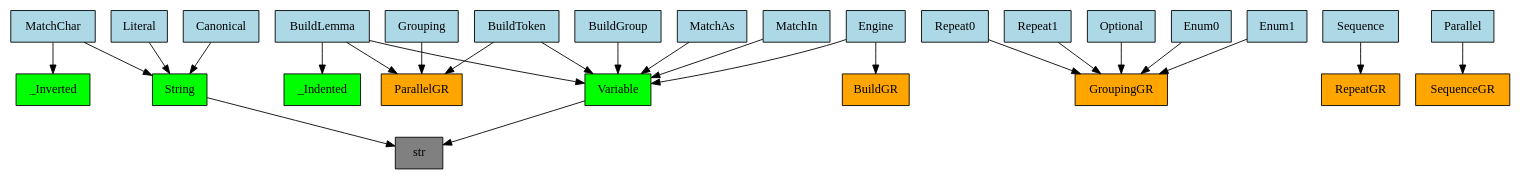
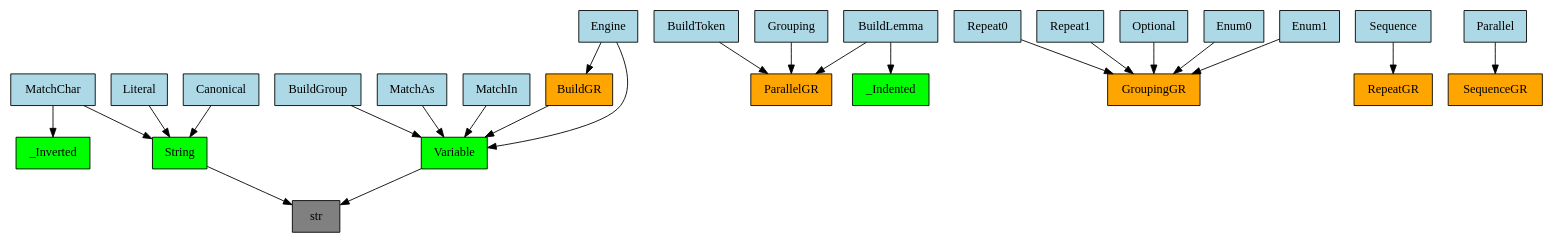
Before and after one commit to GabrielAmare/Language: the diagram in language/base/bnf/v0_0_1/core/use_graph.gv, drawn with Graphviz. The commit also changed 8 other files, not shown here.

```diff
--- a/language/base/bnf/v0_0_1/core/use_graph.gv
+++ b/language/base/bnf/v0_0_1/core/use_graph.gv
@@ -1,53 +1,52 @@
 digraph {
-	0 [label=BuildToken fillcolor=lightblue shape=rect style=filled]
+	0 [label=BuildGR fillcolor=orange shape=rect style=filled]
 	1 [label=Variable fillcolor=lime shape=rect style=filled]
-	2 [label=ParallelGR fillcolor=orange shape=rect style=filled]
-	3 [label=BuildLemma fillcolor=lightblue shape=rect style=filled]
-	4 [label=_Indented fillcolor=lime shape=rect style=filled]
-	5 [label=BuildGroup fillcolor=lightblue shape=rect style=filled]
-	6 [label=MatchChar fillcolor=lightblue shape=rect style=filled]
-	7 [label=_Inverted fillcolor=lime shape=rect style=filled]
-	8 [label=String fillcolor=lime shape=rect style=filled]
-	9 [label=MatchAs fillcolor=lightblue shape=rect style=filled]
-	10 [label=MatchIn fillcolor=lightblue shape=rect style=filled]
-	11 [label=Literal fillcolor=lightblue shape=rect style=filled]
-	12 [label=Canonical fillcolor=lightblue shape=rect style=filled]
-	13 [label=Grouping fillcolor=lightblue shape=rect style=filled]
-	14 [label=Repeat0 fillcolor=lightblue shape=rect style=filled]
-	15 [label=GroupingGR fillcolor=orange shape=rect style=filled]
-	16 [label=Repeat1 fillcolor=lightblue shape=rect style=filled]
-	17 [label=Optional fillcolor=lightblue shape=rect style=filled]
-	18 [label=Enum0 fillcolor=lightblue shape=rect style=filled]
-	19 [label=Enum1 fillcolor=lightblue shape=rect style=filled]
-	20 [label=Sequence fillcolor=lightblue shape=rect style=filled]
-	21 [label=RepeatGR fillcolor=orange shape=rect style=filled]
-	22 [label=Parallel fillcolor=lightblue shape=rect style=filled]
-	23 [label=SequenceGR fillcolor=orange shape=rect style=filled]
-	24 [label=Engine fillcolor=lightblue shape=rect style=filled]
-	25 [label=BuildGR fillcolor=orange shape=rect style=filled]
+	2 [label=BuildToken fillcolor=lightblue shape=rect style=filled]
+	3 [label=ParallelGR fillcolor=orange shape=rect style=filled]
+	4 [label=BuildLemma fillcolor=lightblue shape=rect style=filled]
+	5 [label=_Indented fillcolor=lime shape=rect style=filled]
+	6 [label=BuildGroup fillcolor=lightblue shape=rect style=filled]
+	7 [label=MatchChar fillcolor=lightblue shape=rect style=filled]
+	8 [label=_Inverted fillcolor=lime shape=rect style=filled]
+	9 [label=String fillcolor=lime shape=rect style=filled]
+	10 [label=MatchAs fillcolor=lightblue shape=rect style=filled]
+	11 [label=MatchIn fillcolor=lightblue shape=rect style=filled]
+	12 [label=Literal fillcolor=lightblue shape=rect style=filled]
+	13 [label=Canonical fillcolor=lightblue shape=rect style=filled]
+	14 [label=Grouping fillcolor=lightblue shape=rect style=filled]
+	15 [label=Repeat0 fillcolor=lightblue shape=rect style=filled]
+	16 [label=GroupingGR fillcolor=orange shape=rect style=filled]
+	17 [label=Repeat1 fillcolor=lightblue shape=rect style=filled]
+	18 [label=Optional fillcolor=lightblue shape=rect style=filled]
+	19 [label=Enum0 fillcolor=lightblue shape=rect style=filled]
+	20 [label=Enum1 fillcolor=lightblue shape=rect style=filled]
+	21 [label=Sequence fillcolor=lightblue shape=rect style=filled]
+	22 [label=RepeatGR fillcolor=orange shape=rect style=filled]
+	23 [label=Parallel fillcolor=lightblue shape=rect style=filled]
+	24 [label=SequenceGR fillcolor=orange shape=rect style=filled]
+	25 [label=Engine fillcolor=lightblue shape=rect style=filled]
 	26 [label=str fillcolor=gray shape=rect style=filled]
 	0 -> 1
-	0 -> 2
-	3 -> 4
-	3 -> 1
-	3 -> 2
-	5 -> 1
-	6 -> 7
-	6 -> 8
-	9 -> 1
+	2 -> 3
+	4 -> 5
+	4 -> 3
+	6 -> 1
+	7 -> 8
+	7 -> 9
 	10 -> 1
-	11 -> 8
-	12 -> 8
-	13 -> 2
-	14 -> 15
-	16 -> 15
-	17 -> 15
-	18 -> 15
-	19 -> 15
-	20 -> 21
-	22 -> 23
-	24 -> 25
-	24 -> 1
+	11 -> 1
+	12 -> 9
+	13 -> 9
+	14 -> 3
+	15 -> 16
+	17 -> 16
+	18 -> 16
+	19 -> 16
+	20 -> 16
+	21 -> 22
+	23 -> 24
+	25 -> 0
+	25 -> 1
 	1 -> 26
-	8 -> 26
+	9 -> 26
 }
```
